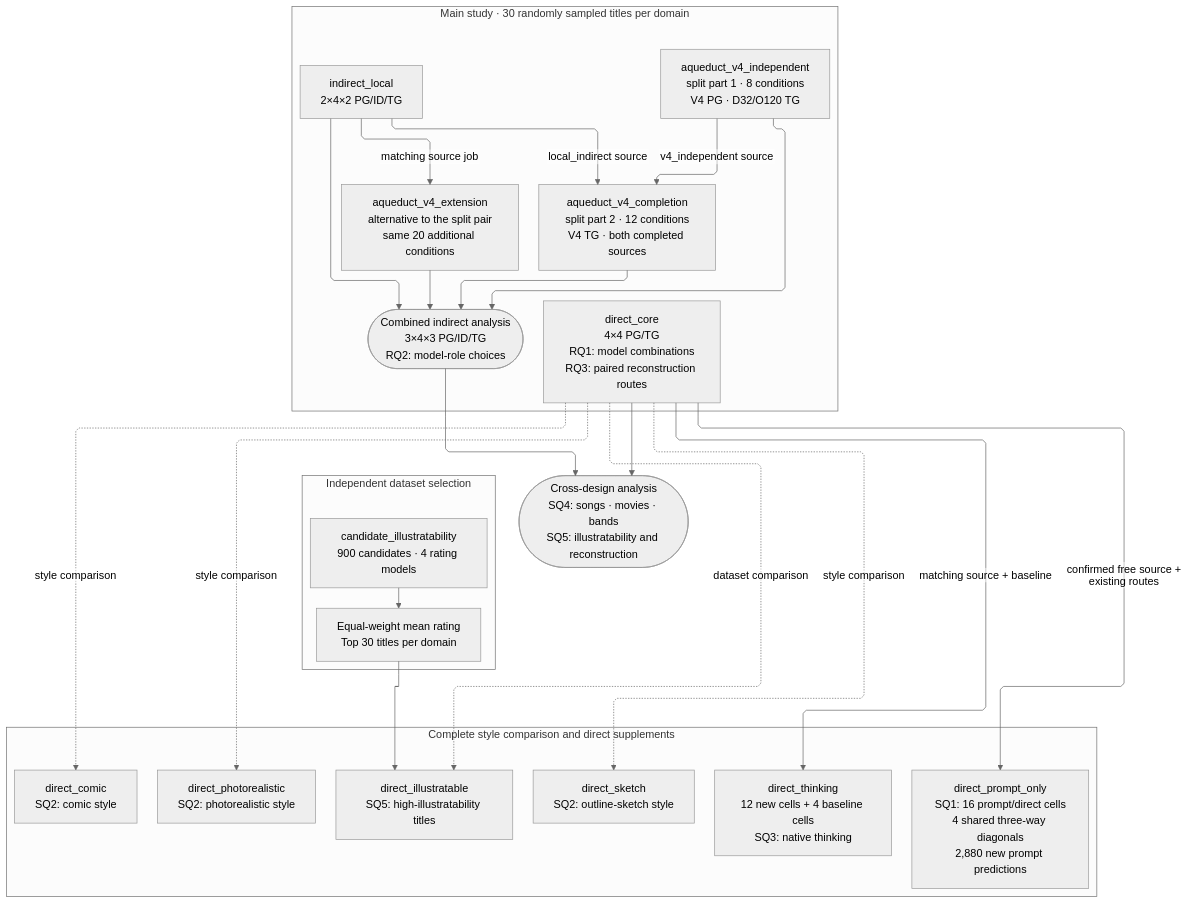
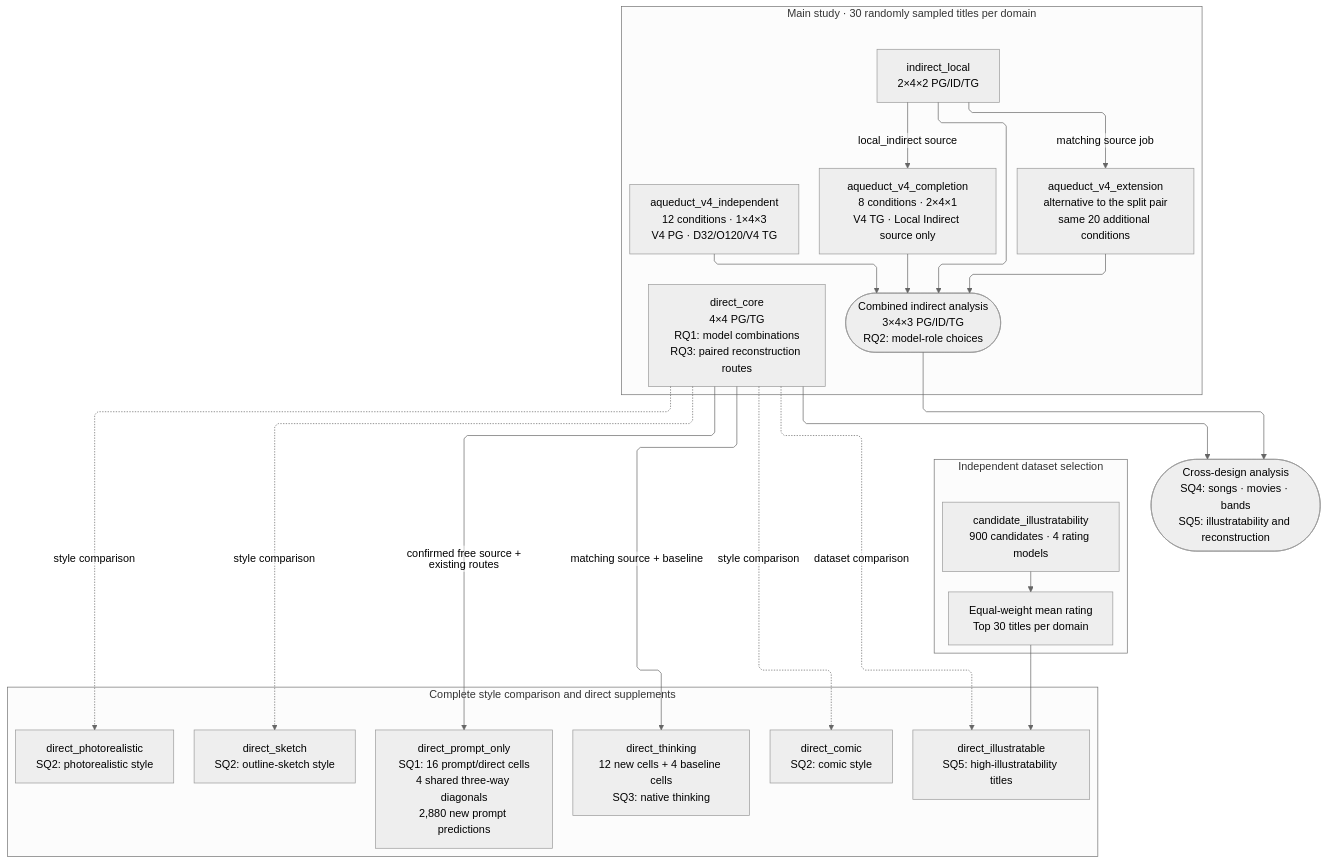
Before and after one commit to Michaelelelel/semantic_roundtrip: the diagram in diagrams/study_jobs.mmd, drawn with Mermaid. The commit also changed 30 other files, not shown here.

```diff
--- a/diagrams/study_jobs.mmd
+++ b/diagrams/study_jobs.mmd
@@ -1,55 +1,54 @@
 ---
 config:
   theme: neutral
   layout: elk
   fontFamily: Arial, sans-serif
   flowchart:
     curve: linear
     nodeSpacing: 30
     rankSpacing: 50
     htmlLabels: false
   themeVariables:
     fontFamily: Arial, sans-serif
 ---
 flowchart TB
     %% Edit in any Mermaid editor; render to SVG before using it outside Markdown.
     subgraph MAIN["Main study · 30 randomly sampled titles per domain"]
         DIRECT["direct_core<br/>4×4 PG/TG<br/>RQ1: model combinations<br/>RQ3: paired reconstruction routes"]
         LOCAL["indirect_local<br/>2×4×2 PG/ID/TG"]
-        V4_INDEPENDENT["aqueduct_v4_independent<br/>split part 1 · 8 conditions<br/>V4 PG · D32/O120 TG"]
-        V4_COMPLETION["aqueduct_v4_completion<br/>split part 2 · 12 conditions<br/>V4 TG · both completed sources"]
+        V4_INDEPENDENT["aqueduct_v4_independent<br/>12 conditions · 1×4×3<br/>V4 PG · D32/O120/V4 TG"]
+        V4_COMPLETION["aqueduct_v4_completion<br/>8 conditions · 2×4×1<br/>V4 TG · Local Indirect source only"]
         AQUEDUCT["aqueduct_v4_extension<br/>alternative to the split pair<br/>same 20 additional conditions"]
         INDIRECT(["Combined indirect analysis<br/>3×4×3 PG/ID/TG<br/>RQ2: model-role choices"])
     end
 
     subgraph SUPPLEMENTS["Complete style comparison and direct supplements"]
         PHOTO["direct_photorealistic<br/>SQ2: photorealistic style"]
         SKETCH["direct_sketch<br/>SQ2: outline-sketch style"]
         COMIC["direct_comic<br/>SQ2: comic style"]
         THINKING["direct_thinking<br/>12 new cells + 4 baseline cells<br/>SQ3: native thinking"]
         SELECTED["direct_illustratable<br/>SQ5: high-illustratability titles"]
         PROMPT["direct_prompt_only<br/>SQ1: 16 prompt/direct cells<br/>4 shared three-way diagonals<br/>2,880 new prompt predictions"]
     end
 
     subgraph SELECTION["Independent dataset selection"]
         RATINGS["candidate_illustratability<br/>900 candidates · 4 rating models"]
         DATASET["Equal-weight mean rating<br/>Top 30 titles per domain"]
     end
 
     LOCAL -->|matching source job| AQUEDUCT
     LOCAL -->|local_indirect source| V4_COMPLETION
-    V4_INDEPENDENT -->|v4_independent source| V4_COMPLETION
     LOCAL --> INDIRECT
     AQUEDUCT --> INDIRECT
     V4_INDEPENDENT --> INDIRECT
     V4_COMPLETION --> INDIRECT
     RATINGS --> DATASET
     DIRECT -. style comparison .-> PHOTO
     DIRECT -. style comparison .-> SKETCH
     DIRECT -. style comparison .-> COMIC
     DIRECT -->|matching source + baseline| THINKING
     DIRECT -->|confirmed free source + existing routes| PROMPT
     DIRECT -. dataset comparison .-> SELECTED
     DATASET --> SELECTED
     DIRECT --> CROSS(["Cross-design analysis<br/>SQ4: songs · movies · bands<br/>SQ5: illustratability and reconstruction"])
     INDIRECT --> CROSS
```
